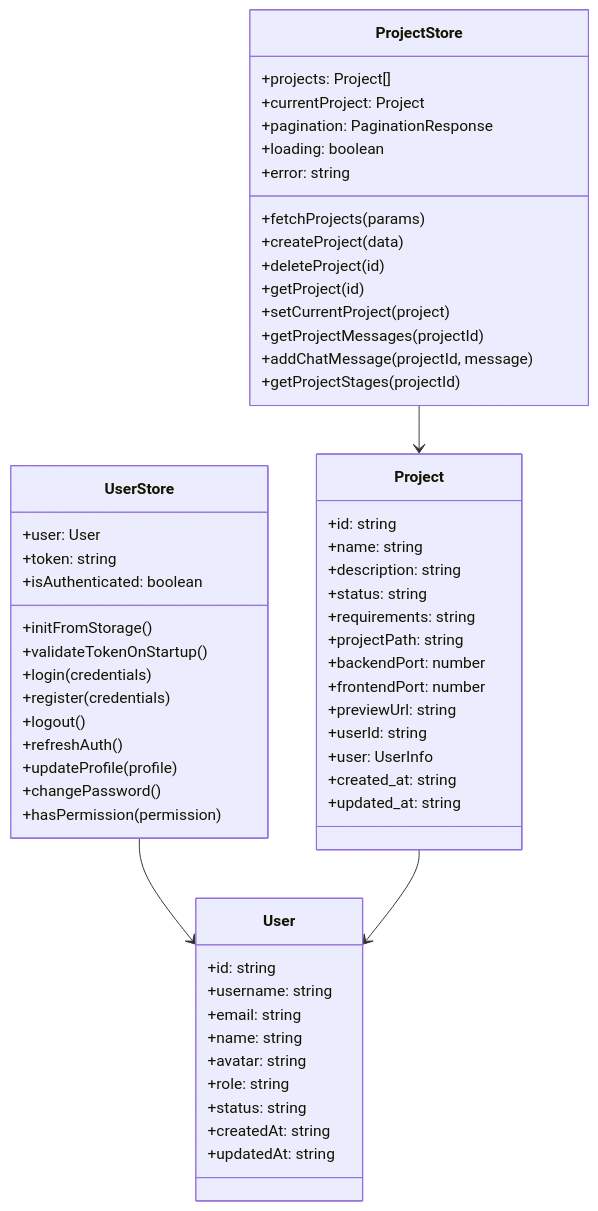
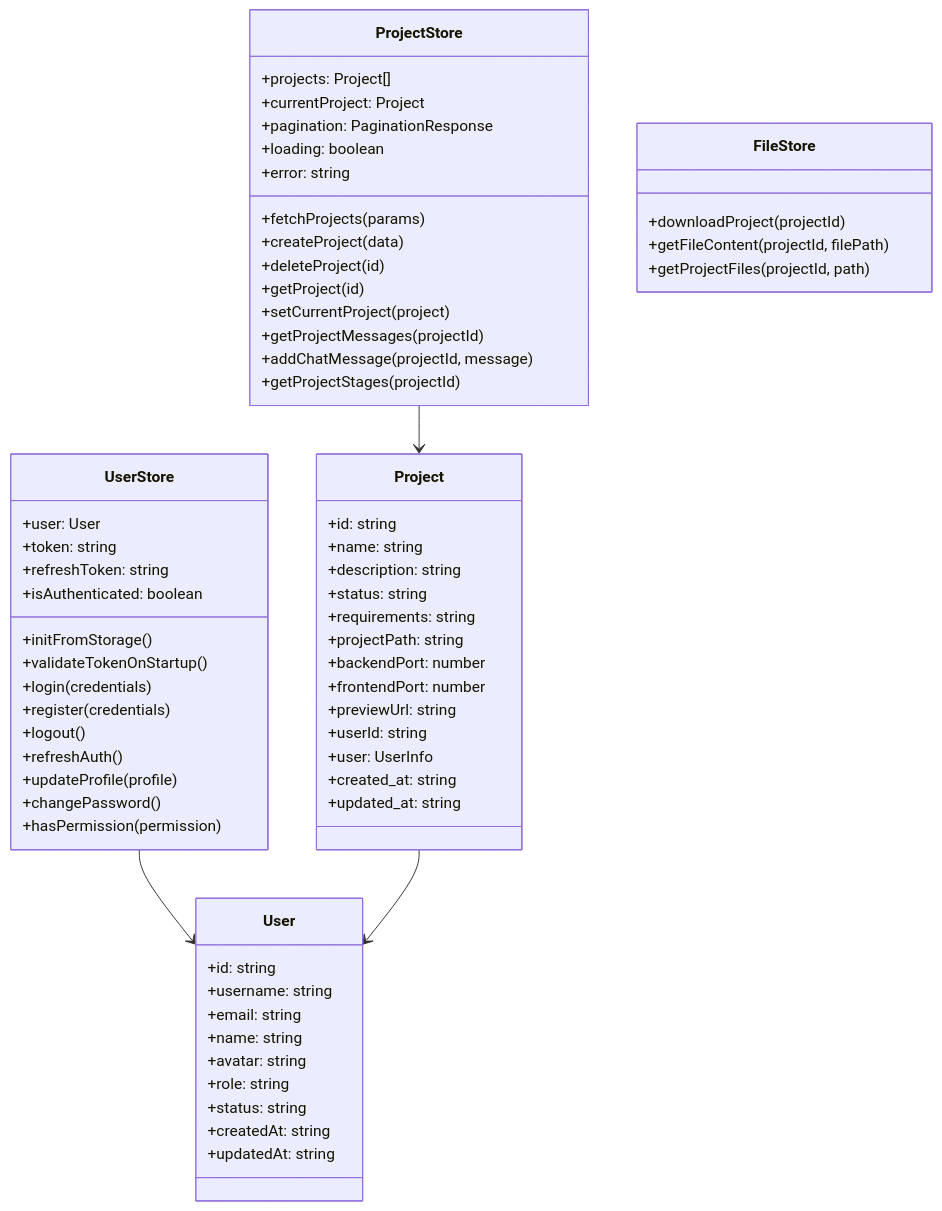
Before and after one commit to lighthought/app-maker: the fourth of 9 diagrams in frontend/architect/ARCHITECTURE.md, drawn with Mermaid. The commit also changed other lines of this file and 3 other files, not shown here.

````diff
--- a/frontend/architect/ARCHITECTURE.md
+++ b/frontend/architect/ARCHITECTURE.md
@@ -195,65 +200,72 @@
 ```mermaid
 classDiagram
     class UserStore {
         +user: User
         +token: string
+        +refreshToken: string
         +isAuthenticated: boolean
         +initFromStorage()
         +validateTokenOnStartup()
         +login(credentials)
         +register(credentials)
         +logout()
         +refreshAuth()
         +updateProfile(profile)
         +changePassword()
         +hasPermission(permission)
     }
 
     class ProjectStore {
         +projects: Project[]
         +currentProject: Project
         +pagination: PaginationResponse
         +loading: boolean
         +error: string
         +fetchProjects(params)
         +createProject(data)
         +deleteProject(id)
         +getProject(id)
         +setCurrentProject(project)
         +getProjectMessages(projectId)
         +addChatMessage(projectId, message)
         +getProjectStages(projectId)
+    }
+
+    class FileStore {
+        +downloadProject(projectId)
+        +getFileContent(projectId, filePath)
+        +getProjectFiles(projectId, path)
     }
 
     class User {
         +id: string
         +username: string
         +email: string
         +name: string
         +avatar: string
         +role: string
         +status: string
         +createdAt: string
         +updatedAt: string
     }
 
     class Project {
         +id: string
         +name: string
         +description: string
         +status: string
         +requirements: string
         +projectPath: string
         +backendPort: number
         +frontendPort: number
         +previewUrl: string
         +userId: string
         +user: UserInfo
         +created_at: string
         +updated_at: string
     }
 
     UserStore --> User
     ProjectStore --> Project
     Project --> User
 ```
````
